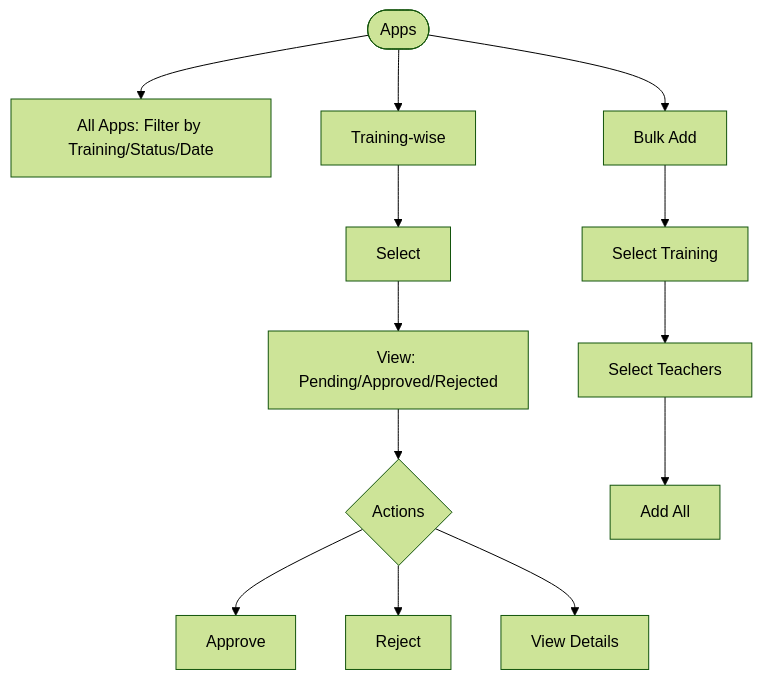
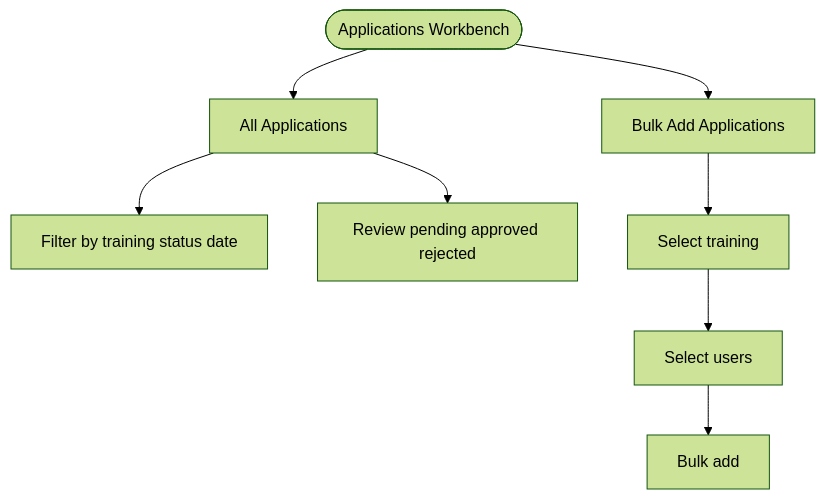
Before and after one commit to gunjangupta-gh/placeintern: the sixth of 27 diagrams in TRAINING_CALENDAR_FLOW_DIAGRAMS.md, drawn with Mermaid (forest theme). The commit also changed other lines of this file and 1 other file, not shown here.

Commit message:
feat: add timezone handling for attendance date resolution in TrainingAttendanceService

````diff
--- a/TRAINING_CALENDAR_FLOW_DIAGRAMS.md
+++ b/TRAINING_CALENDAR_FLOW_DIAGRAMS.md
@@ -150,10 +114,10 @@
 ```mermaid
 flowchart TD
-    A([Apps])-->B[All Apps: Filter by Training/Status/Date]
-    A-->C[Training-wise]-->D[Select]-->E[View: Pending/Approved/Rejected]
-    E-->F{Actions}
-    F-->G[Approve]
-    F-->H[Reject]
-    F-->I[View Details]
-    A-->J[Bulk Add]-->K[Select Training]-->L[Select Teachers]-->M[Add All]
+    A([Applications Workbench]) --> B[All Applications]
+    B --> C[Filter by training status date]
+    B --> D[Review pending approved rejected]
+    A --> E[Bulk Add Applications]
+    E --> F[Select training]
+    F --> G[Select users]
+    G --> H[Bulk add]
 ```
````
